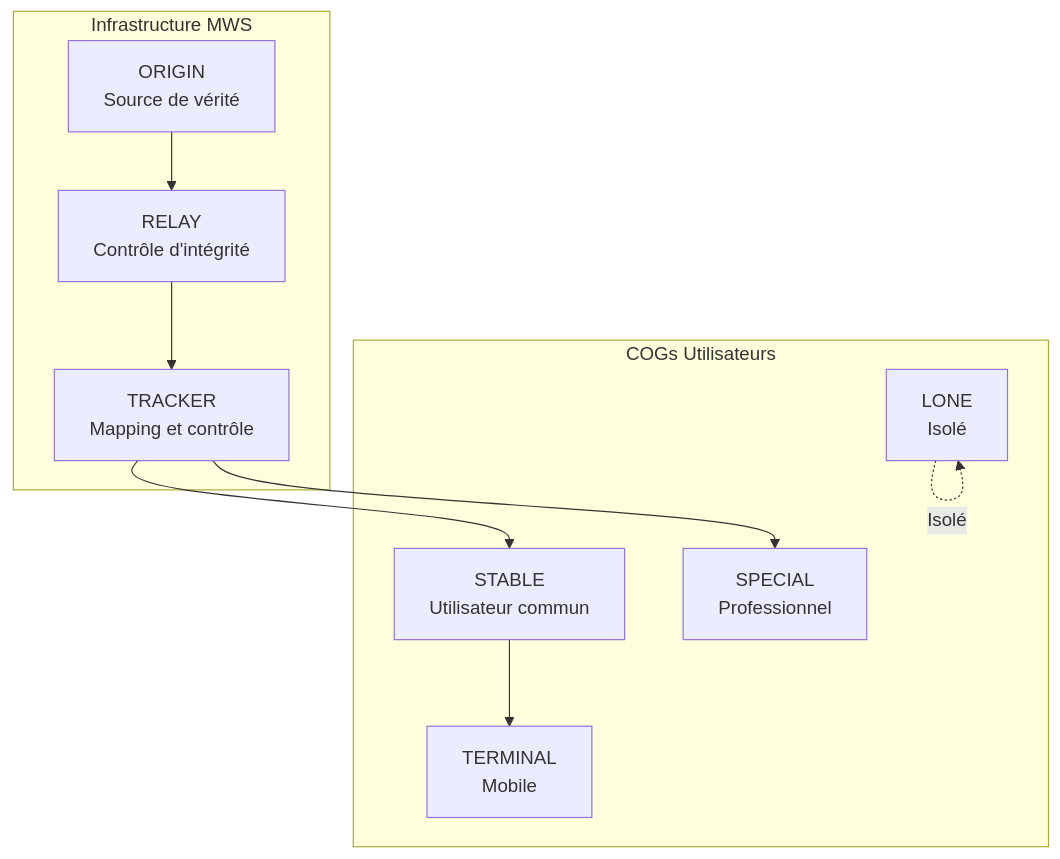
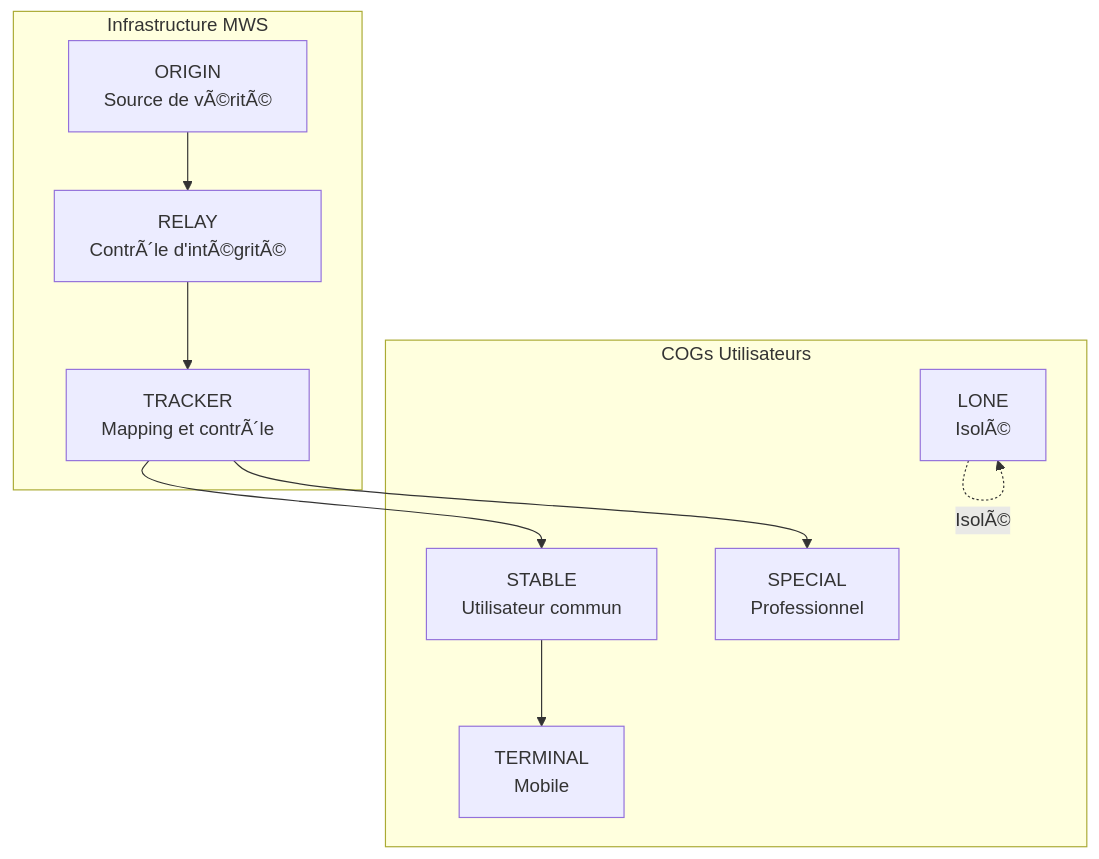
The first of 7 diagrams in docs/miyukini-webway-system/verification/MWS - Passeport et Visa.md (StudioMiyukini/miyukini_cog), drawn with Mermaid before and after one commit. The commit also changed other lines of this file and 1287 other files, not shown here.

````diff
--- a/docs/miyukini-webway-system/verification/MWS - Passeport et Visa.md
+++ b/docs/miyukini-webway-system/verification/MWS - Passeport et Visa.md
@@ -165,22 +165,22 @@
 ```mermaid
 flowchart TB
     subgraph Infrastructure["Infrastructure MWS"]
-        ORIGIN[ORIGIN<br>Source de vérité]
-        RELAY[RELAY<br>Contrôle d'intégrité]
-        TRACKER[TRACKER<br>Mapping et contrôle]
+        ORIGIN[ORIGIN<br>Source de vÃ©ritÃ©]
+        RELAY[RELAY<br>ContrÃ´le d'intÃ©gritÃ©]
+        TRACKER[TRACKER<br>Mapping et contrÃ´le]
     end
 
     subgraph Utilisateurs["COGs Utilisateurs"]
         STABLE[STABLE<br>Utilisateur commun]
         SPECIAL[SPECIAL<br>Professionnel]
         TERMINAL[TERMINAL<br>Mobile]
-        LONE[LONE<br>Isolé]
+        LONE[LONE<br>IsolÃ©]
     end
 
     ORIGIN --> RELAY
     RELAY --> TRACKER
     TRACKER --> STABLE
     TRACKER --> SPECIAL
     STABLE --> TERMINAL
-    LONE -.->|Isolé| LONE
+    LONE -.->|IsolÃ©| LONE
 ```
````
